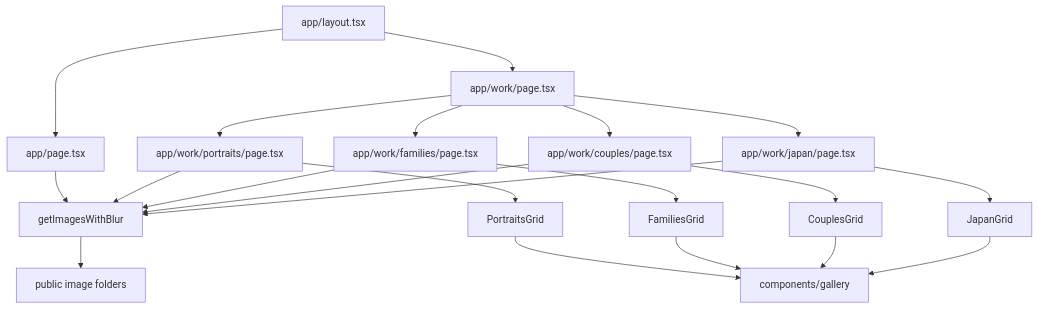
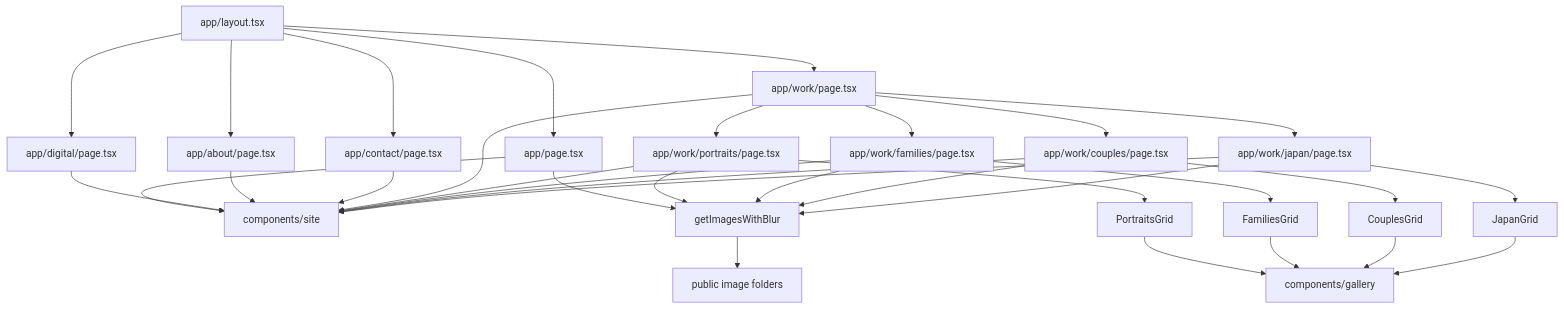
One commit to Mark-Blackburn/blackburnstudio-site changed the first of 3 diagrams in docs/current-state/technical-architecture.md. Above: the diagram before and after it, drawn with Mermaid. The commit also changed other lines of this file and 25 other files, not shown here.

First line of the commit message:
feat(site): add Digital services launch foundation

````diff
--- a/docs/current-state/technical-architecture.md
+++ b/docs/current-state/technical-architecture.md
@@ -313,26 +351,39 @@
 ```mermaid
 flowchart TD
   A[app/layout.tsx] --> B[app/page.tsx]
+  A --> B1[app/digital/page.tsx]
+  A --> B2[app/about/page.tsx]
+  A --> B3[app/contact/page.tsx]
   A --> C[app/work/page.tsx]
   C --> D[app/work/portraits/page.tsx]
   C --> E[app/work/families/page.tsx]
   C --> F[app/work/couples/page.tsx]
   C --> G[app/work/japan/page.tsx]
+
+  B --> S[components/site]
+  B1 --> S
+  B2 --> S
+  B3 --> S
+  C --> S
+  D --> S
+  E --> S
+  F --> S
+  G --> S
 
   D --> H[PortraitsGrid]
   E --> I[FamiliesGrid]
   F --> J[CouplesGrid]
   G --> K[JapanGrid]
 
   H --> L[components/gallery]
   I --> L
   J --> L
   K --> L
 
   B --> M[getImagesWithBlur]
   D --> M
   E --> M
   F --> M
   G --> M
   M --> N[public image folders]
 ```
````
